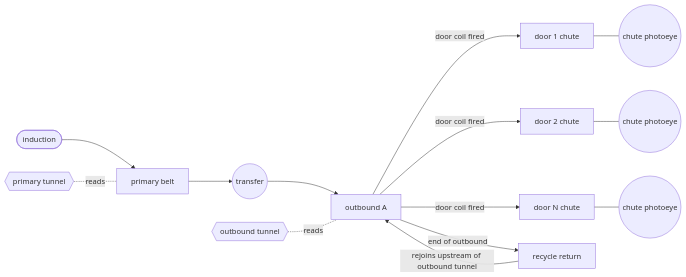
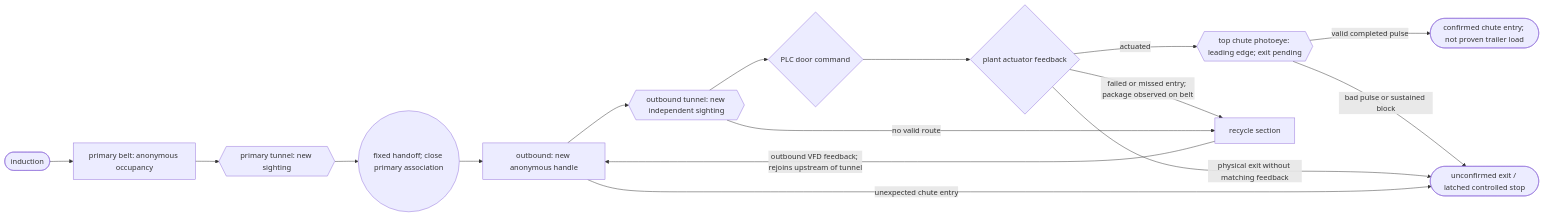
Before and after one commit to berryk6490/ics-sorter-range: the first of 2 diagrams in SIGHTING_CONTRACT.md, drawn with Mermaid. The commit also changed other lines of this file, not shown here.

Commit message:
docs: refine belt-local sighting and chute-entry proposal

````diff
--- a/SIGHTING_CONTRACT.md
+++ b/SIGHTING_CONTRACT.md
@@ -307,16 +375,18 @@
 ```mermaid
 flowchart LR
-    IND([induction]) --> PB[primary belt]
-    PT{{primary tunnel}} -.reads.- PB
-    PB --> TR((transfer))
-    TR --> OA[outbound A]
-    OT{{outbound tunnel}} -.reads.- OA
-    OA -->|door coil fired| D1[door 1 chute]
-    OA -->|door coil fired| D2[door 2 chute]
-    OA -->|door coil fired| DN[door N chute]
-    D1 --- P1((chute photoeye))
-    D2 --- P2((chute photoeye))
-    DN --- PN((chute photoeye))
-    OA -->|end of outbound| RR[recycle return]
-    RR -->|rejoins upstream of outbound tunnel| OA
+    IN([induction]) --> P[primary belt: anonymous occupancy]
+    P --> PT{{primary tunnel: new sighting}}
+    PT --> FH((fixed handoff; close primary association))
+    FH --> O[outbound: new anonymous handle]
+    O --> OT{{outbound tunnel: new independent sighting}}
+    OT --> D{PLC door command}
+    D --> AF{plant actuator feedback}
+    AF -->|actuated| PE{{top chute photoeye: leading edge; exit pending}}
+    PE -->|valid completed pulse| CE([confirmed chute entry; not proven trailer load])
+    PE -->|bad pulse or sustained block| STOP([unconfirmed exit / latched controlled stop])
+    AF -->|failed or missed entry; package observed on belt| R[recycle section]
+    AF -->|physical exit without matching feedback| STOP
+    OT -->|no valid route| R
+    R -->|outbound VFD feedback; rejoins upstream of tunnel| O
+    O -->|unexpected chute entry| STOP
 ```
````
